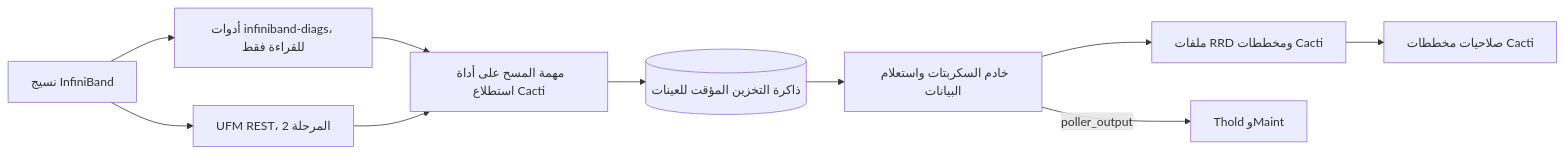
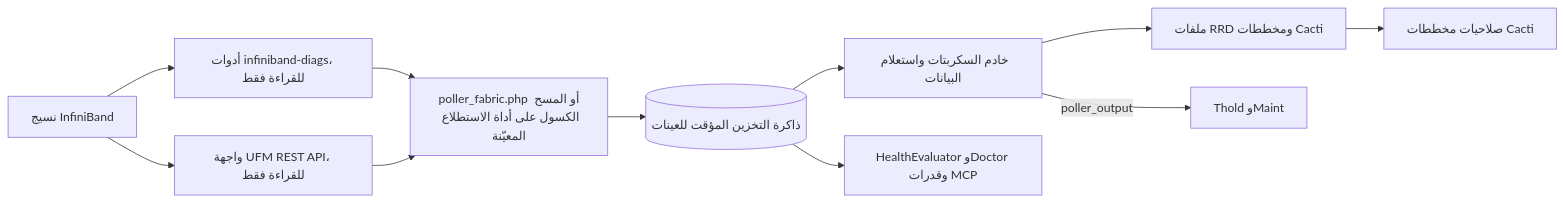
Before and after one commit to somethingwithproof/plugin_fabric: the diagram in docs/i18n/ar-MA/README.md, drawn with Mermaid. The commit also changed other lines of this file and 48 other files, not shown here.

````diff
--- a/docs/i18n/ar-MA/README.md
+++ b/docs/i18n/ar-MA/README.md
@@ -92,12 +132,13 @@
 ```mermaid
 flowchart LR
     F["نسيج InfiniBand"] --> T["أدوات infiniband-diags، للقراءة فقط"]
-    F --> U["UFM REST، المرحلة 2"]
-    T --> S["مهمة المسح على أداة استطلاع Cacti"]
+    F --> U["واجهة UFM REST API، للقراءة فقط"]
+    T --> S["poller_fabric.php أو المسح الكسول على أداة الاستطلاع المعيّنة"]
     U --> S
     S --> C[("ذاكرة التخزين المؤقت للعينات")]
     C --> SS["خادم السكربتات واستعلام البيانات"]
     SS --> R["ملفات RRD ومخططات Cacti"]
     SS -->|poller_output| TH["Thold وMaint"]
+    C --> H["HealthEvaluator وDoctor وقدرات MCP"]
     R --> P["صلاحيات مخططات Cacti"]
 ```
````
